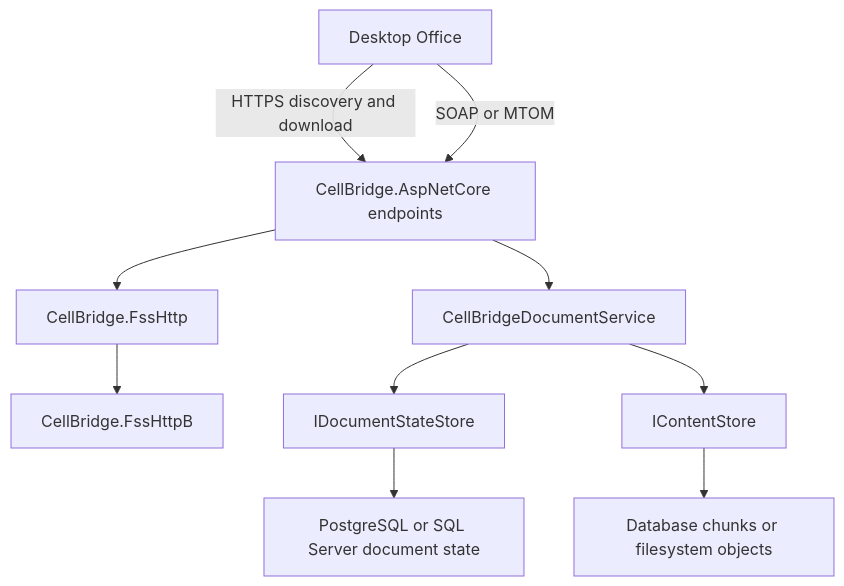
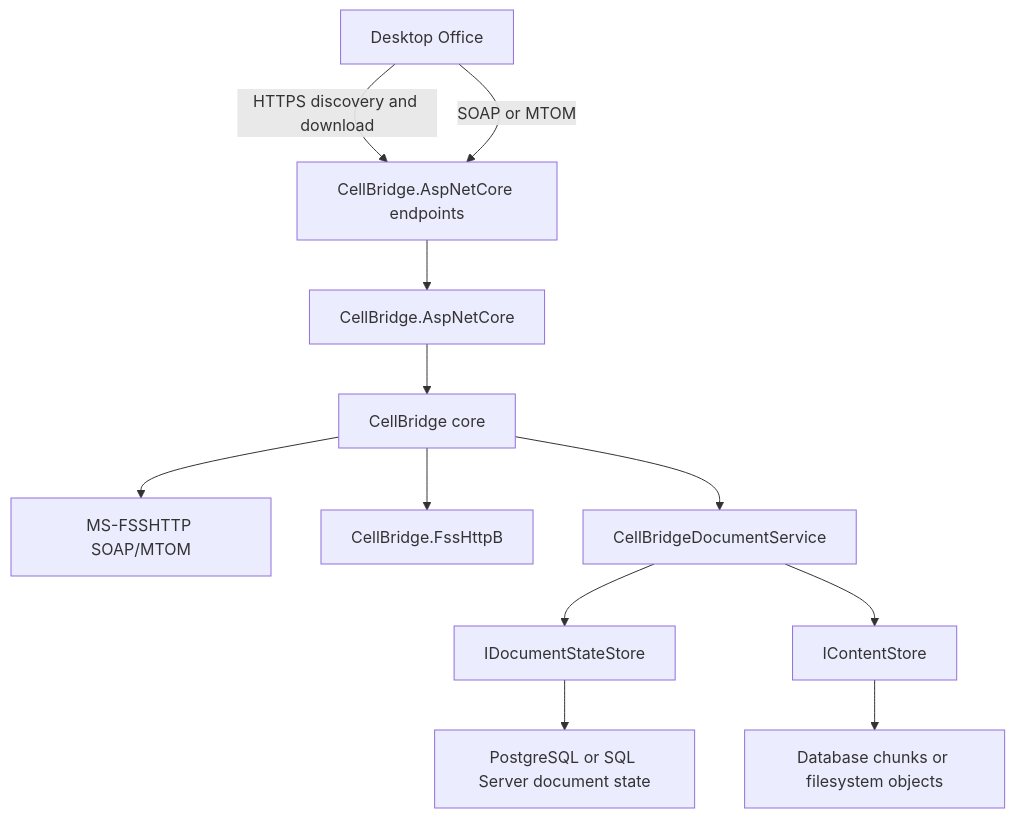
The diagram in docs/architecture.md (PatrickMatthiesen/cellbridge), drawn with Mermaid before and after one commit. The commit also changed other lines of this file and 219 other files, not shown here.

Commit message:
Simplify repository architecture

````diff
--- a/docs/architecture.md
+++ b/docs/architecture.md
@@ -10,12 +10,14 @@
 ```mermaid
 flowchart TD
     Office[Desktop Office] -->|HTTPS discovery and download| Host[CellBridge.AspNetCore endpoints]
     Office -->|SOAP or MTOM| Host
-    Host --> Soap[CellBridge.FssHttp]
-    Soap --> Binary[CellBridge.FssHttpB]
-    Host --> Service[CellBridgeDocumentService]
+    Host --> Http[CellBridge.AspNetCore]
+    Http --> Core[CellBridge core]
+    Core --> Soap[MS-FSSHTTP SOAP/MTOM]
+    Core --> Binary[CellBridge.FssHttpB]
+    Core --> Service[CellBridgeDocumentService]
     Service --> State[IDocumentStateStore]
     Service --> Content[IContentStore]
     State --> Database[PostgreSQL or SQL Server document state]
     Content --> Blobs[Database chunks or filesystem objects]
 ```
````
